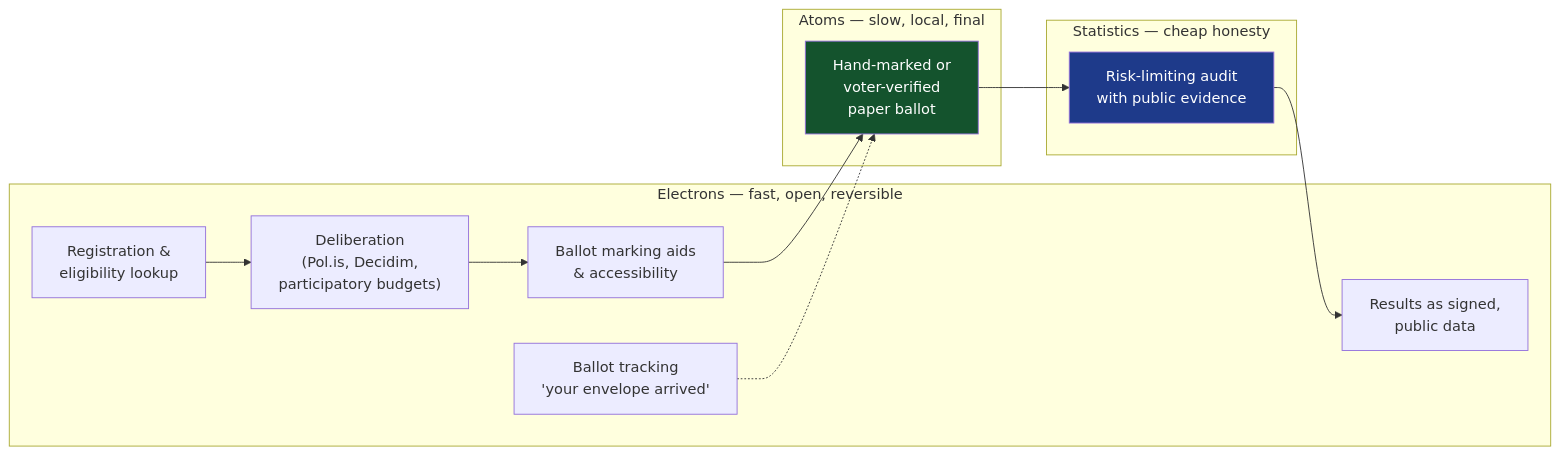
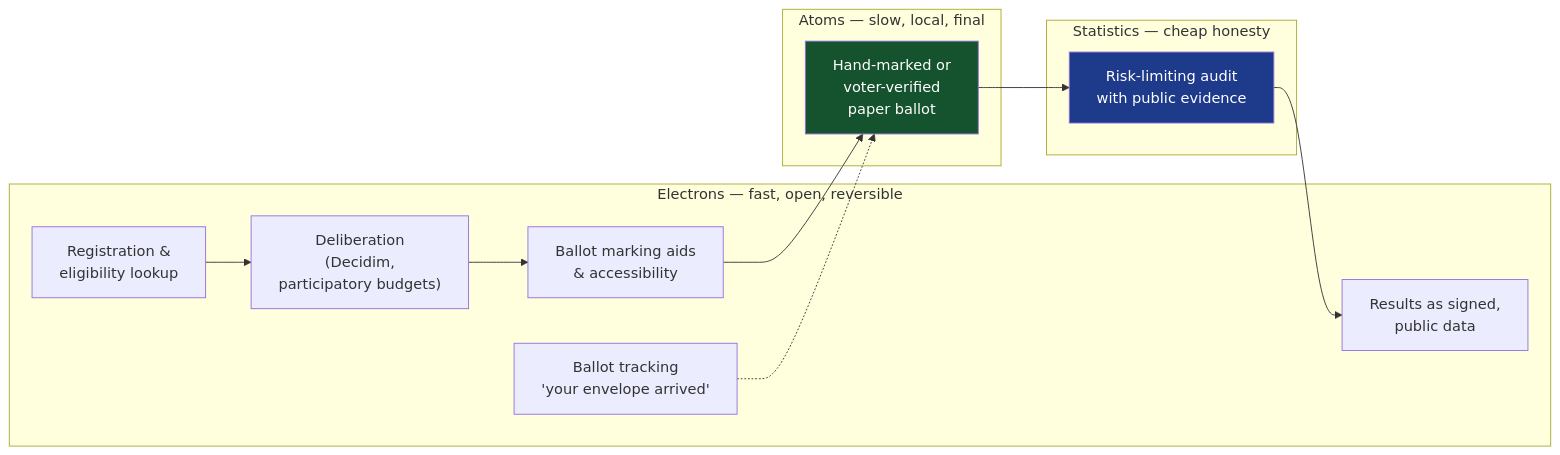
One commit to crs48/xNet changed the second of 4 diagrams in docs/explorations/0463_[_]_BLOG_POST_ATOMS_FOR_THE_BALLOT_DIGITAL_VOTING_AND_OPEN_SOURCE_SECURITY.md. Above: the diagram before and after it, drawn with Mermaid. The commit also changed other lines of this file, not shown here.

````diff
--- a/docs/explorations/0463_[_]_BLOG_POST_ATOMS_FOR_THE_BALLOT_DIGITAL_VOTING_AND_OPEN_SOURCE_SECURITY.md
+++ b/docs/explorations/0463_[_]_BLOG_POST_ATOMS_FOR_THE_BALLOT_DIGITAL_VOTING_AND_OPEN_SOURCE_SECURITY.md
@@ -444,20 +443,20 @@
 ```mermaid
 flowchart LR
     subgraph fast["Electrons — fast, open, reversible"]
         R["Registration &<br/>eligibility lookup"]
-        D["Deliberation<br/>(Pol.is, Decidim,<br/>participatory budgets)"]
+        D["Deliberation<br/>(Decidim,<br/>participatory budgets)"]
         M["Ballot marking aids<br/>& accessibility"]
         T["Ballot tracking<br/>'your envelope arrived'"]
         P["Results as signed,<br/>public data"]
     end
     subgraph slow["Atoms — slow, local, final"]
         B["Hand-marked or<br/>voter-verified<br/>paper ballot"]
     end
     subgraph check["Statistics — cheap honesty"]
         A["Risk-limiting audit<br/>with public evidence"]
     end
     R --> D --> M --> B --> A --> P
     T -.-> B
     style B fill:#14532d,color:#fff
     style A fill:#1e3a8a,color:#fff
 ```
````
